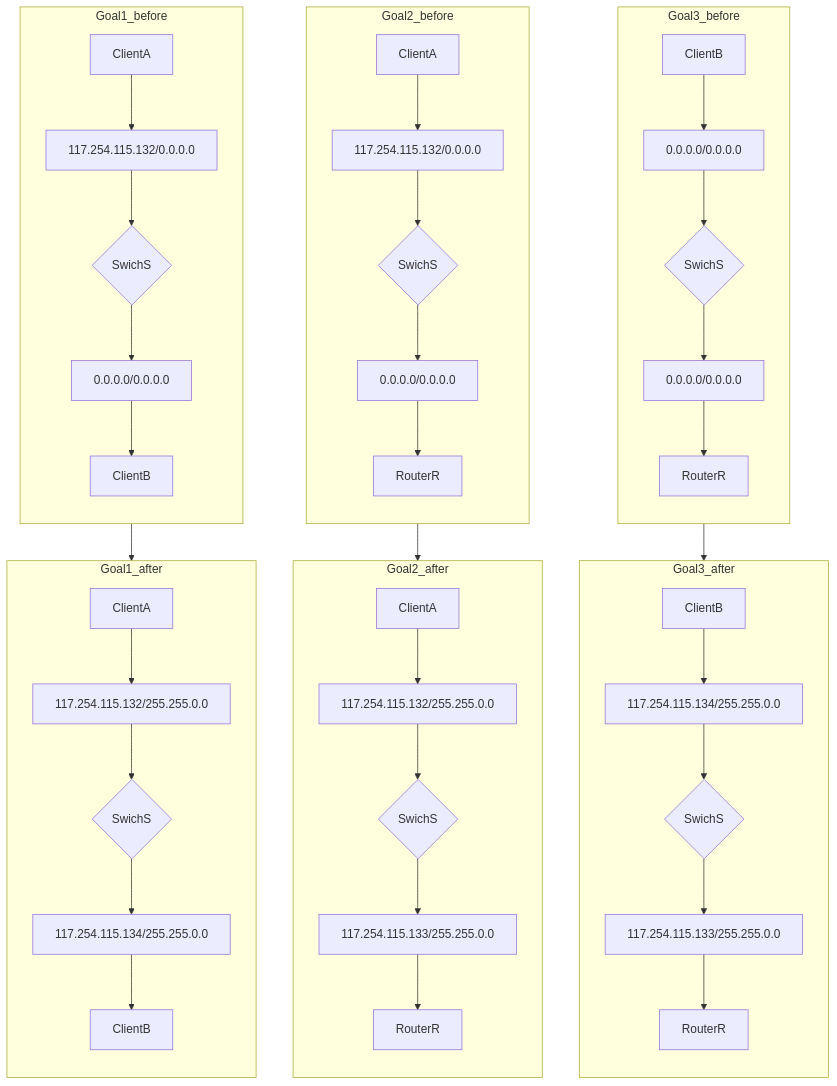
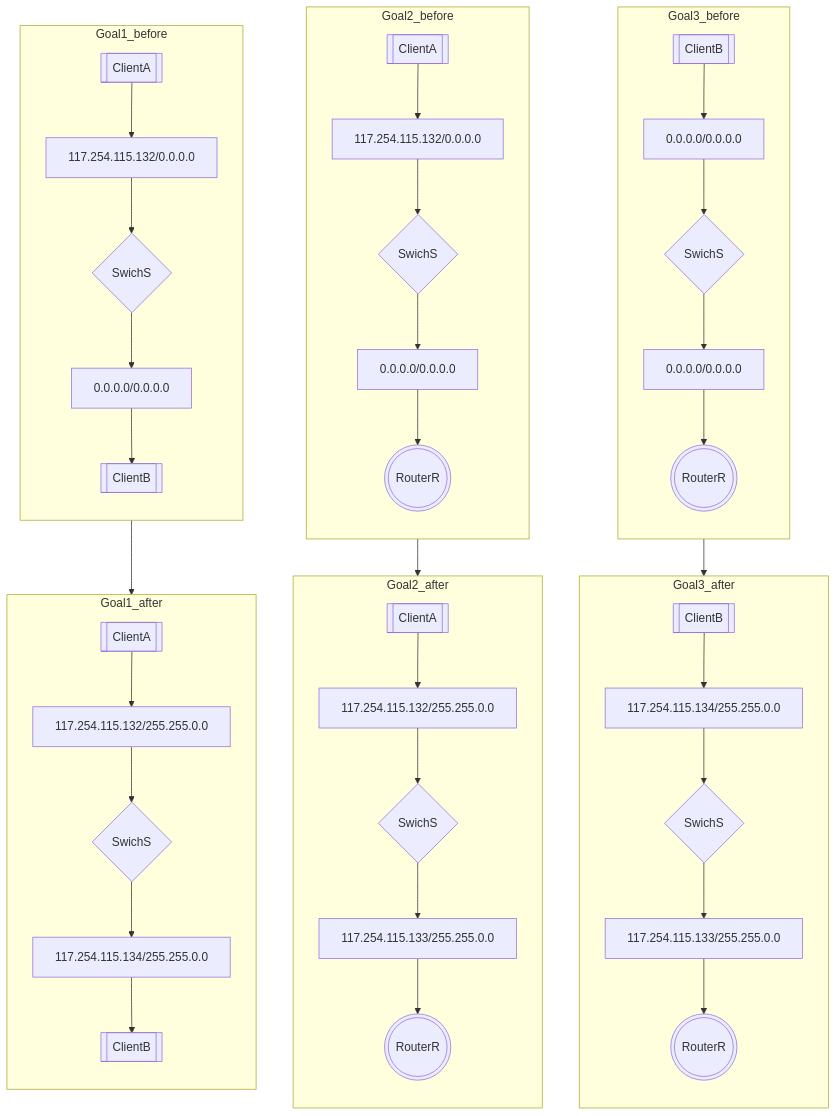
Before and after one commit to rikeda-cloud/net_practice: the second of 2 diagrams in level4.md, drawn with Mermaid. The commit also changed other lines of this file and 6 other files, not shown here.

````diff
--- a/level4.md
+++ b/level4.md
@@ -38,66 +38,66 @@
 ```mermaid
 flowchart
 Goal3_before-->Goal3_after
 subgraph Goal3_before
     direction TB
-    G3_BE_CL_B[ClientB]
-    G3_BE_RR[RouterR]
+    G3_BE_CL_B[[ClientB]]
+    G3_BE_RR(((RouterR)))
     G3_BE_IF_B[0.0.0.0/0.0.0.0]
     G3_BE_IF_R1[0.0.0.0/0.0.0.0]
     G3_BE_S{SwichS}
     G3_BE_CL_B-->G3_BE_IF_B-->G3_BE_S-->G3_BE_IF_R1-->G3_BE_RR
 end
 
 subgraph Goal3_after
     direction TB
-    G3_AF_CL_B[ClientB]
-    G3_AF_RR[RouterR]
+    G3_AF_CL_B[[ClientB]]
+    G3_AF_RR(((RouterR)))
     G3_AF_IF_B[117.254.115.134/255.255.0.0]
     G3_AF_IF_R1[117.254.115.133/255.255.0.0]
     G3_AF_S{SwichS}
     G3_AF_CL_B-->G3_AF_IF_B-->G3_AF_S-->G3_AF_IF_R1-->G3_AF_RR
 end
 
 Goal2_before-->Goal2_after
 subgraph Goal2_before
     direction TB
-    G2_BE_CL_A[ClientA]
-    G2_BE_RR[RouterR]
+    G2_BE_CL_A[[ClientA]]
+    G2_BE_RR(((RouterR)))
     G2_BE_IF_A[117.254.115.132/0.0.0.0]
     G2_BE_IF_R1[0.0.0.0/0.0.0.0]
     G2_BE_S{SwichS}
     G2_BE_CL_A-->G2_BE_IF_A-->G2_BE_S-->G2_BE_IF_R1-->G2_BE_RR
 end
 
 subgraph Goal2_after
     direction TB
-    G2_AF_CL_A[ClientA]
-    G2_AF_RR[RouterR]
+    G2_AF_CL_A[[ClientA]]
+    G2_AF_RR(((RouterR)))
     G2_AF_IF_A[117.254.115.132/255.255.0.0]
     G2_AF_IF_R1[117.254.115.133/255.255.0.0]
     G2_AF_S{SwichS}
     G2_AF_CL_A-->G2_AF_IF_A-->G2_AF_S-->G2_AF_IF_R1-->G2_AF_RR
 end
 
 
 Goal1_before-->Goal1_after
 subgraph Goal1_before
     direction TB
-    G1_BE_CL_A[ClientA]
-    G1_BE_CL_B[ClientB]
+    G1_BE_CL_A[[ClientA]]
+    G1_BE_CL_B[[ClientB]]
     G1_BE_IF_A[117.254.115.132/0.0.0.0]
     G1_BE_IF_B[0.0.0.0/0.0.0.0]
     G1_BE_S{SwichS}
     G1_BE_CL_A-->G1_BE_IF_A-->G1_BE_S-->G1_BE_IF_B-->G1_BE_CL_B
 end
 
 subgraph Goal1_after
     direction TB
-    G1_AF_CL_A[ClientA]
-    G1_AF_CL_B[ClientB]
+    G1_AF_CL_A[[ClientA]]
+    G1_AF_CL_B[[ClientB]]
     G1_AF_IF_A[117.254.115.132/255.255.0.0]
     G1_AF_IF_B[117.254.115.134/255.255.0.0]
     G1_AF_S{SwichS}
     G1_AF_CL_A-->G1_AF_IF_A-->G1_AF_S-->G1_AF_IF_B-->G1_AF_CL_B
 end
 ```
````
